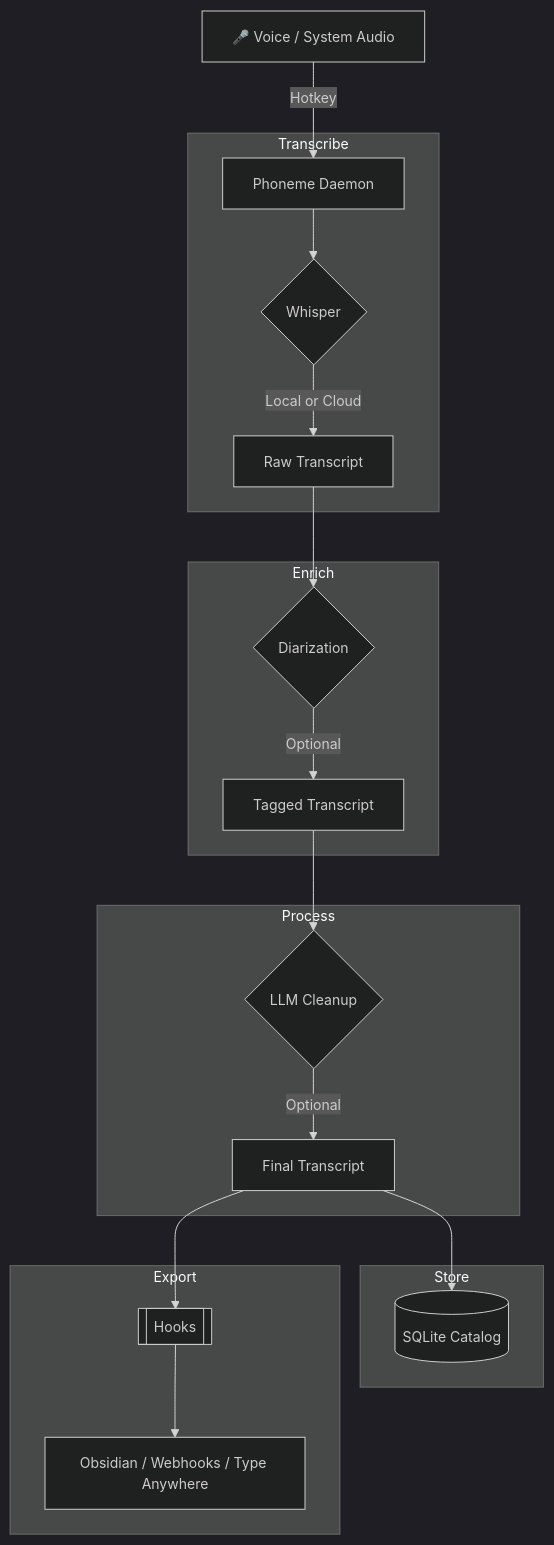
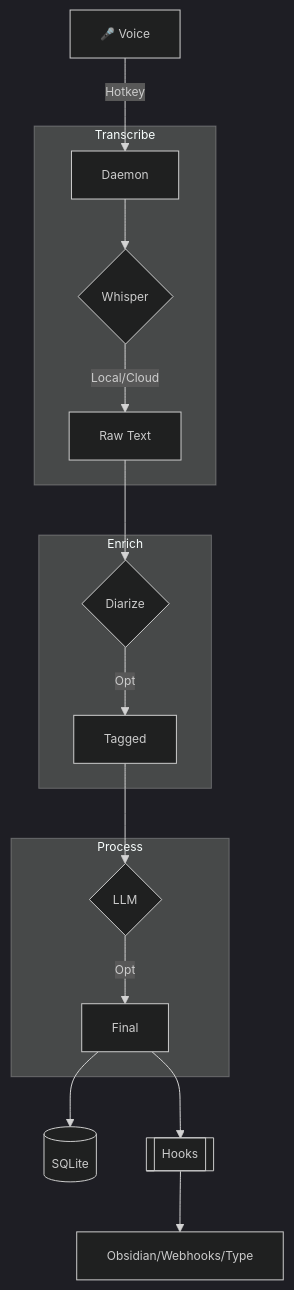
The diagram in README.md (namefailed/phoneme), drawn with Mermaid before and after one commit. The commit also changed 3 other files, not shown here.

First line of the commit message:
docs: make all mermaid diagrams smaller and more beautiful

````diff
--- a/README.md
+++ b/README.md
@@ -33,29 +33,24 @@
 ```mermaid
-%%{init: {'flowchart': {'curve': 'basis', 'useMaxWidth': true}, 'theme': 'dark', 'themeVariables': { 'fontSize': '14px' }}}%%
+%%{init: {'flowchart': {'curve': 'basis', 'useMaxWidth': false}, 'theme': 'dark', 'themeVariables': { 'fontSize': '12px' }}}%%
 flowchart TD
-    Input[🎤 Voice / System Audio] -->|Hotkey| Daemon[Phoneme Daemon]
+    Input[🎤 Voice] -->|Hotkey| Daemon[Daemon]
     
-    subgraph Transcribe
+    subgraph T [Transcribe]
         Daemon --> Whisper{Whisper}
-        Whisper -->|Local or Cloud| Raw[Raw Transcript]
+        Whisper -->|Local/Cloud| Raw[Raw Text]
     end
     
-    subgraph Enrich
-        Raw --> Diarize{Diarization}
-        Diarize -->|Optional| Tagged[Tagged Transcript]
+    subgraph E [Enrich]
+        Raw --> Diarize{Diarize}
+        Diarize -->|Opt| Tagged[Tagged]
     end
     
-    subgraph Process
-        Tagged --> LLM{LLM Cleanup}
-        LLM -->|Optional| Final[Final Transcript]
+    subgraph P [Process]
+        Tagged --> LLM{LLM}
+        LLM -->|Opt| Final[Final]
     end
     
-    subgraph Store
-        Final --> Catalog[(SQLite Catalog)]
-    end
-    
-    subgraph Export
-        Final --> Hooks[[Hooks]]
-        Hooks --> Dest[Obsidian / Webhooks / Type Anywhere]
-    end
+    Final --> Catalog[(SQLite)]
+    Final --> Hooks[[Hooks]]
+    Hooks --> Dest[Obsidian/Webhooks/Type]
 ```
````
